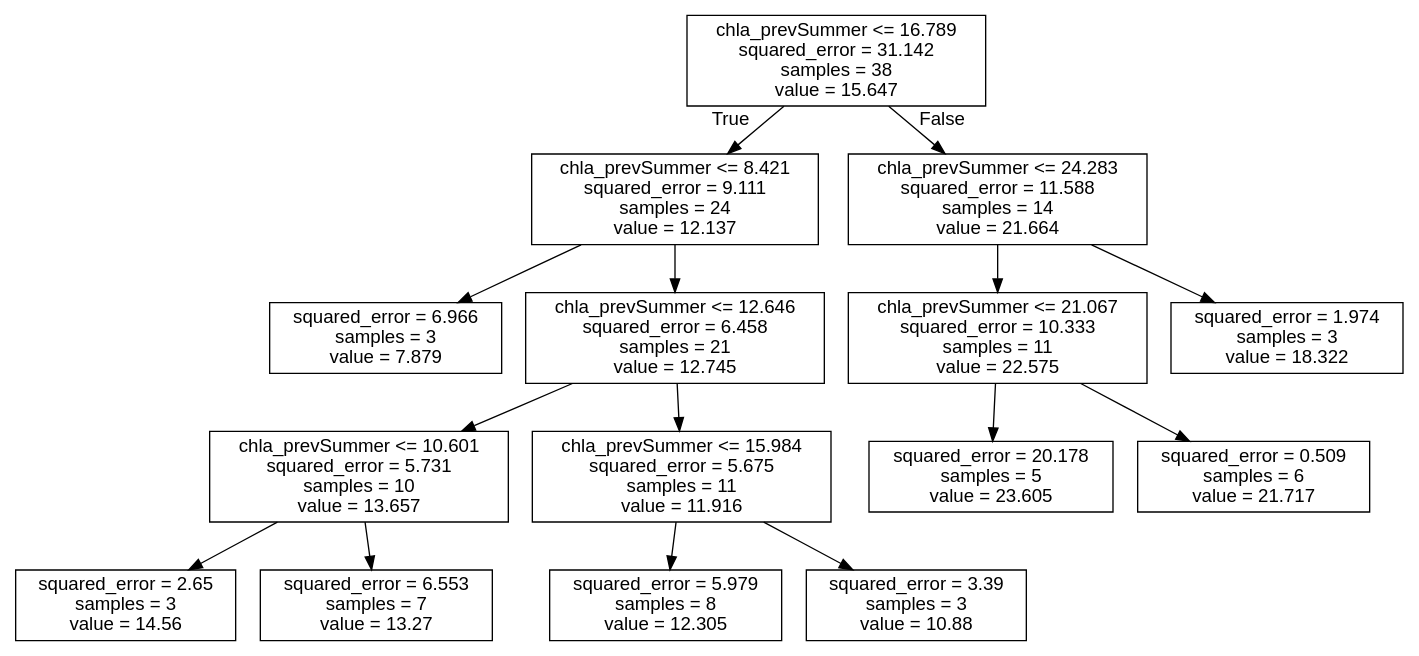
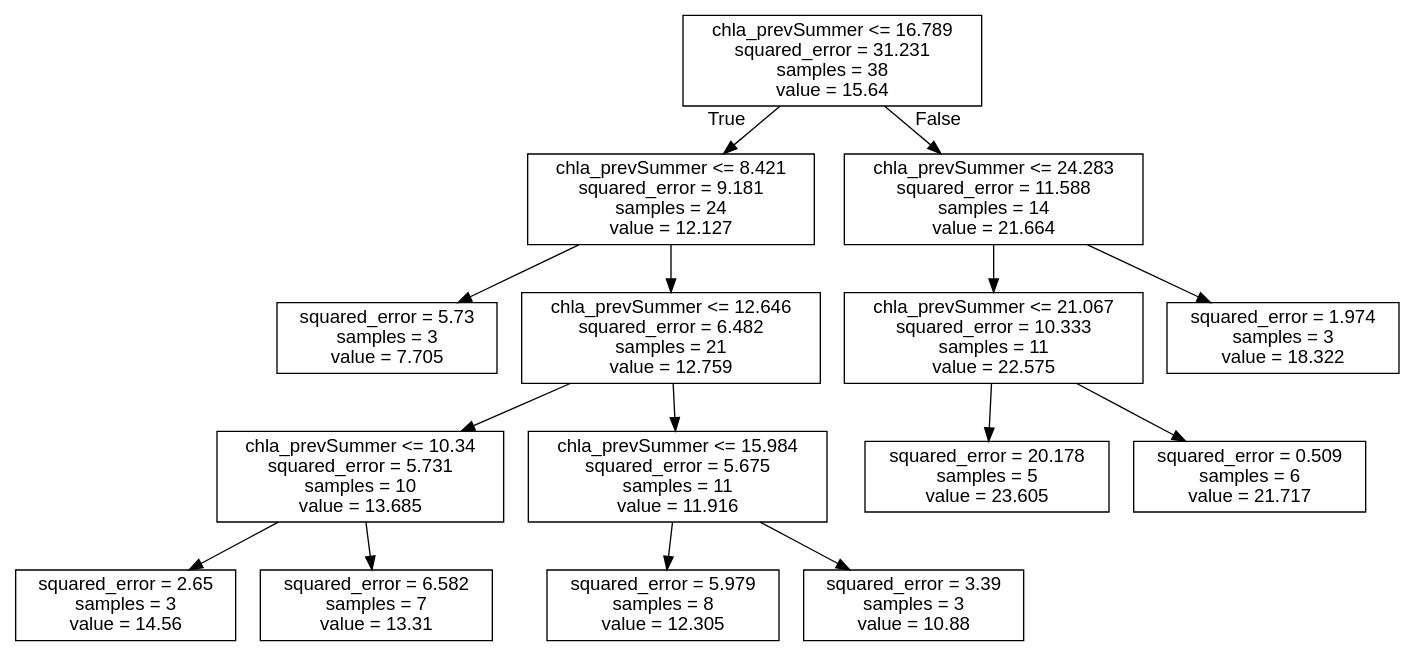
One commit to LeahJB/gbn-vansjo changed the diagram in Figures/Discretization_regTrees/DotFiles/6Mseasons_chla-chla_prevSummer.dot. Above: the diagram before and after it, drawn with Graphviz. The commit also changed 97 other files, not shown here.

```diff
--- a/Figures/Discretization_regTrees/DotFiles/6Mseasons_chla-chla_prevSummer.dot
+++ b/Figures/Discretization_regTrees/DotFiles/6Mseasons_chla-chla_prevSummer.dot
@@ -1,33 +1,33 @@
 digraph Tree {
 node [shape=box, fontname="helvetica"] ;
 edge [fontname="helvetica"] ;
-0 [label="chla_prevSummer <= 16.789\nsquared_error = 31.142\nsamples = 38\nvalue = 15.647"] ;
-1 [label="chla_prevSummer <= 8.421\nsquared_error = 9.111\nsamples = 24\nvalue = 12.137"] ;
+0 [label="chla_prevSummer <= 16.789\nsquared_error = 31.231\nsamples = 38\nvalue = 15.64"] ;
+1 [label="chla_prevSummer <= 8.421\nsquared_error = 9.181\nsamples = 24\nvalue = 12.127"] ;
 0 -> 1 [labeldistance=2.5, labelangle=45, headlabel="True"] ;
-3 [label="squared_error = 6.966\nsamples = 3\nvalue = 7.879"] ;
+3 [label="squared_error = 5.73\nsamples = 3\nvalue = 7.705"] ;
 1 -> 3 ;
-4 [label="chla_prevSummer <= 12.646\nsquared_error = 6.458\nsamples = 21\nvalue = 12.745"] ;
+4 [label="chla_prevSummer <= 12.646\nsquared_error = 6.482\nsamples = 21\nvalue = 12.759"] ;
 1 -> 4 ;
-7 [label="chla_prevSummer <= 10.601\nsquared_error = 5.731\nsamples = 10\nvalue = 13.657"] ;
+7 [label="chla_prevSummer <= 10.34\nsquared_error = 5.731\nsamples = 10\nvalue = 13.685"] ;
 4 -> 7 ;
 13 [label="squared_error = 2.65\nsamples = 3\nvalue = 14.56"] ;
 7 -> 13 ;
-14 [label="squared_error = 6.553\nsamples = 7\nvalue = 13.27"] ;
+14 [label="squared_error = 6.582\nsamples = 7\nvalue = 13.31"] ;
 7 -> 14 ;
 8 [label="chla_prevSummer <= 15.984\nsquared_error = 5.675\nsamples = 11\nvalue = 11.916"] ;
 4 -> 8 ;
 11 [label="squared_error = 5.979\nsamples = 8\nvalue = 12.305"] ;
 8 -> 11 ;
 12 [label="squared_error = 3.39\nsamples = 3\nvalue = 10.88"] ;
 8 -> 12 ;
 2 [label="chla_prevSummer <= 24.283\nsquared_error = 11.588\nsamples = 14\nvalue = 21.664"] ;
 0 -> 2 [labeldistance=2.5, labelangle=-45, headlabel="False"] ;
 5 [label="chla_prevSummer <= 21.067\nsquared_error = 10.333\nsamples = 11\nvalue = 22.575"] ;
 2 -> 5 ;
 9 [label="squared_error = 20.178\nsamples = 5\nvalue = 23.605"] ;
 5 -> 9 ;
 10 [label="squared_error = 0.509\nsamples = 6\nvalue = 21.717"] ;
 5 -> 10 ;
 6 [label="squared_error = 1.974\nsamples = 3\nvalue = 18.322"] ;
 2 -> 6 ;
 }
```
